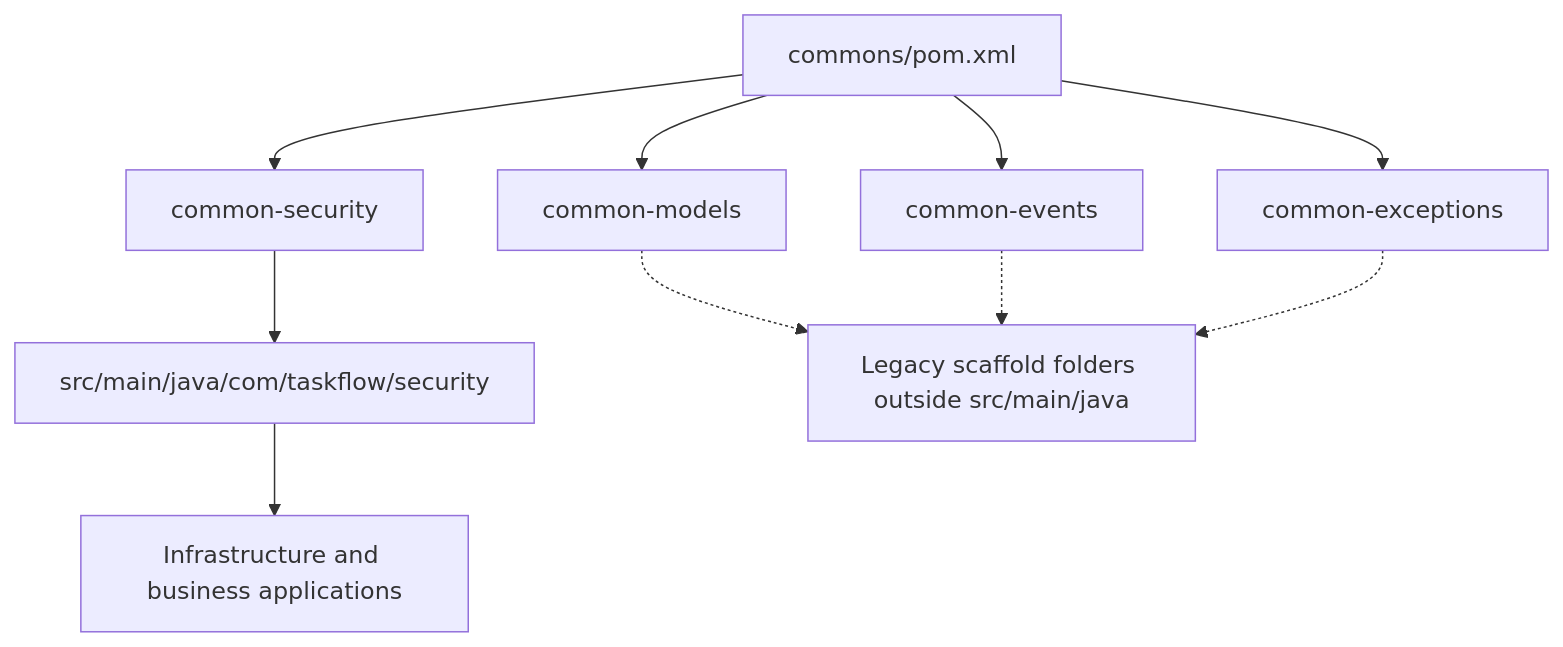
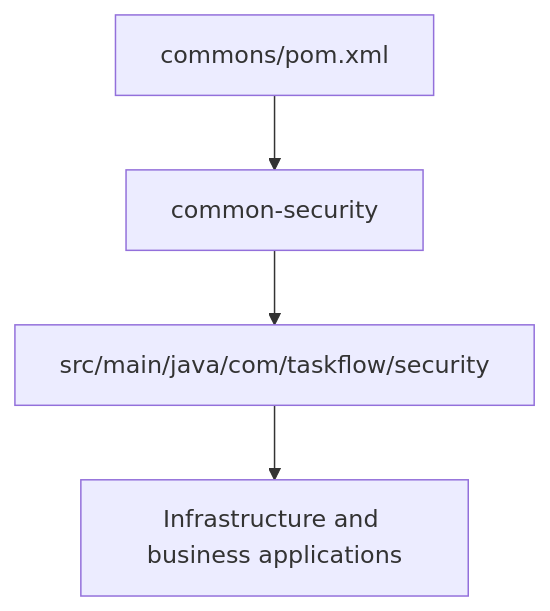
The diagram in backend/commons/README.md (herve192-hub/TaskFlow), drawn with Mermaid before and after one commit. The commit also changed other lines of this file and 108 other files, not shown here.

````diff
--- a/backend/commons/README.md
+++ b/backend/commons/README.md
@@ -7,12 +7,6 @@
 ```mermaid
 flowchart TB
     parent["commons/pom.xml"] --> security["common-security"]
-    parent --> models["common-models"]
-    parent --> events["common-events"]
-    parent --> exceptions["common-exceptions"]
     security --> compiled["src/main/java/com/taskflow/security"]
     compiled --> consumers["Infrastructure and business applications"]
-    models -.-> scaffold["Legacy scaffold folders outside src/main/java"]
-    events -.-> scaffold
-    exceptions -.-> scaffold
 ```
````
